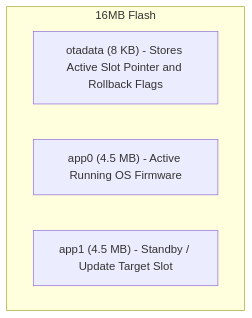
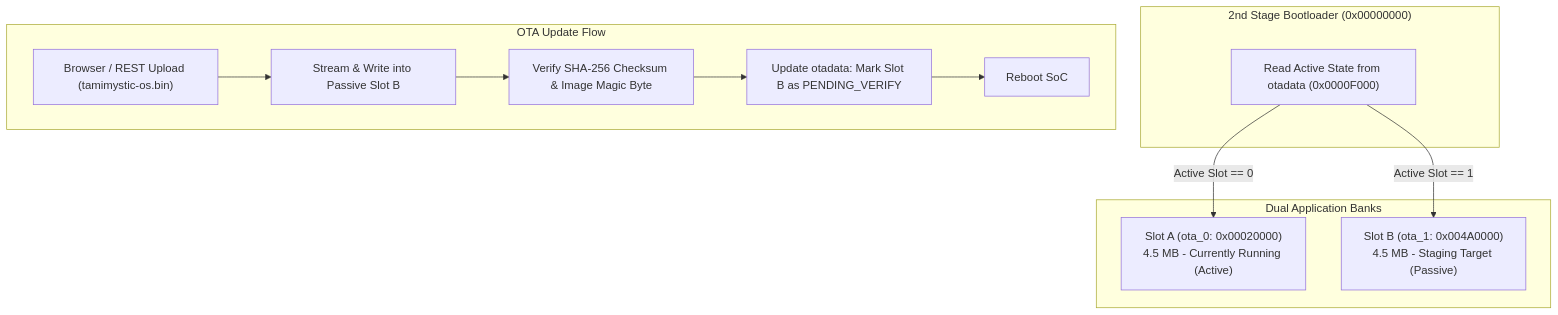
One commit to tamimystic/tamimystic-os changed the first of 2 diagrams in docs/apps/ota-updates.md. Above: the diagram before and after it, drawn with Mermaid. The commit also changed other lines of this file and 23 other files, not shown here.

````diff
--- a/docs/apps/ota-updates.md
+++ b/docs/apps/ota-updates.md
@@ -11,8 +11,21 @@
 ```mermaid
 graph TD
-    subgraph 16MB Flash
-        OTA_DATA["otadata (8 KB) - Stores Active Slot Pointer and Rollback Flags"]
-        APP0["app0 (4.5 MB) - Active Running OS Firmware"]
-        APP1["app1 (4.5 MB) - Standby / Update Target Slot"]
+    subgraph Bootloader["2nd Stage Bootloader (0x00000000)"]
+        ReadState["Read Active State from otadata (0x0000F000)"]
+    end
+
+    subgraph AppPartitions["Dual Application Banks"]
+        SlotA["Slot A (ota_0: 0x00020000)<br/>4.5 MB - Currently Running (Active)"]
+        SlotB["Slot B (ota_1: 0x004A0000)<br/>4.5 MB - Staging Target (Passive)"]
+    end
+
+    ReadState -->|Active Slot == 0| SlotA
+    ReadState -->|Active Slot == 1| SlotB
+
+    subgraph OTAProcess["OTA Update Flow"]
+        Upload["Browser / REST Upload (tamimystic-os.bin)"] --> StreamFlash["Stream & Write into Passive Slot B"]
+        StreamFlash --> VerifySHA["Verify SHA-256 Checksum & Image Magic Byte"]
+        VerifySHA --> UpdateOTAData["Update otadata: Mark Slot B as PENDING_VERIFY"]
+        UpdateOTAData --> Reboot["Reboot SoC"]
     end
 ```
````
